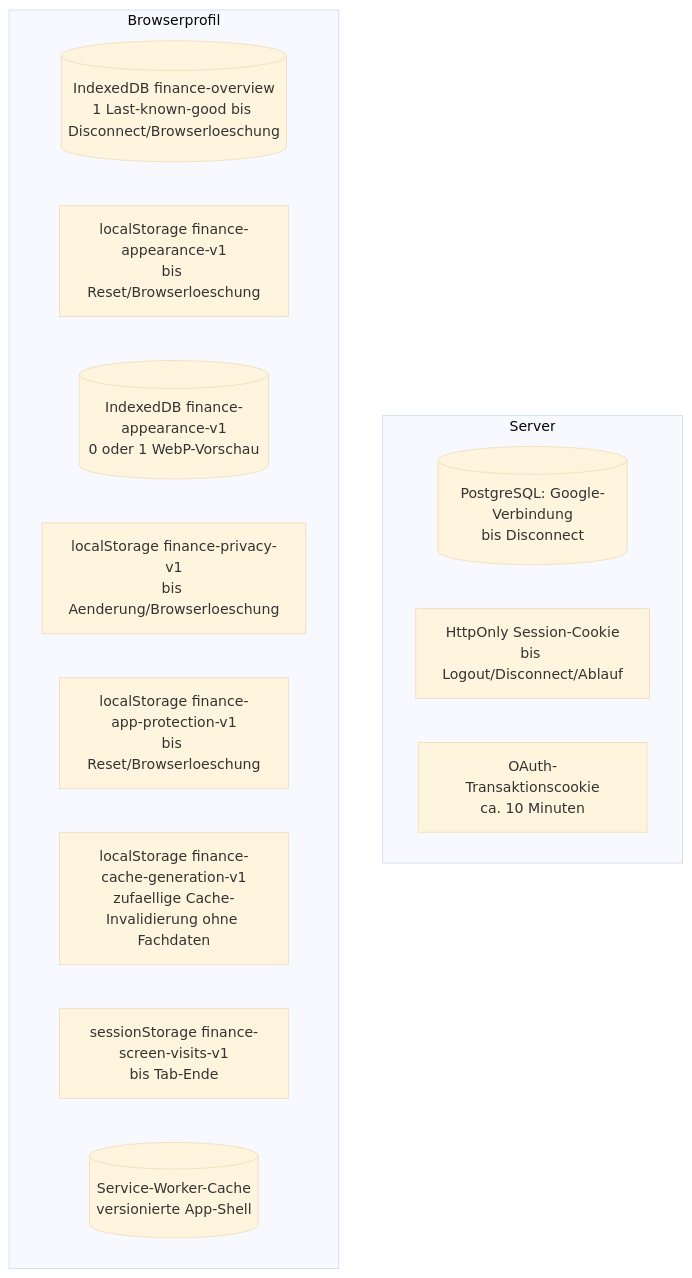
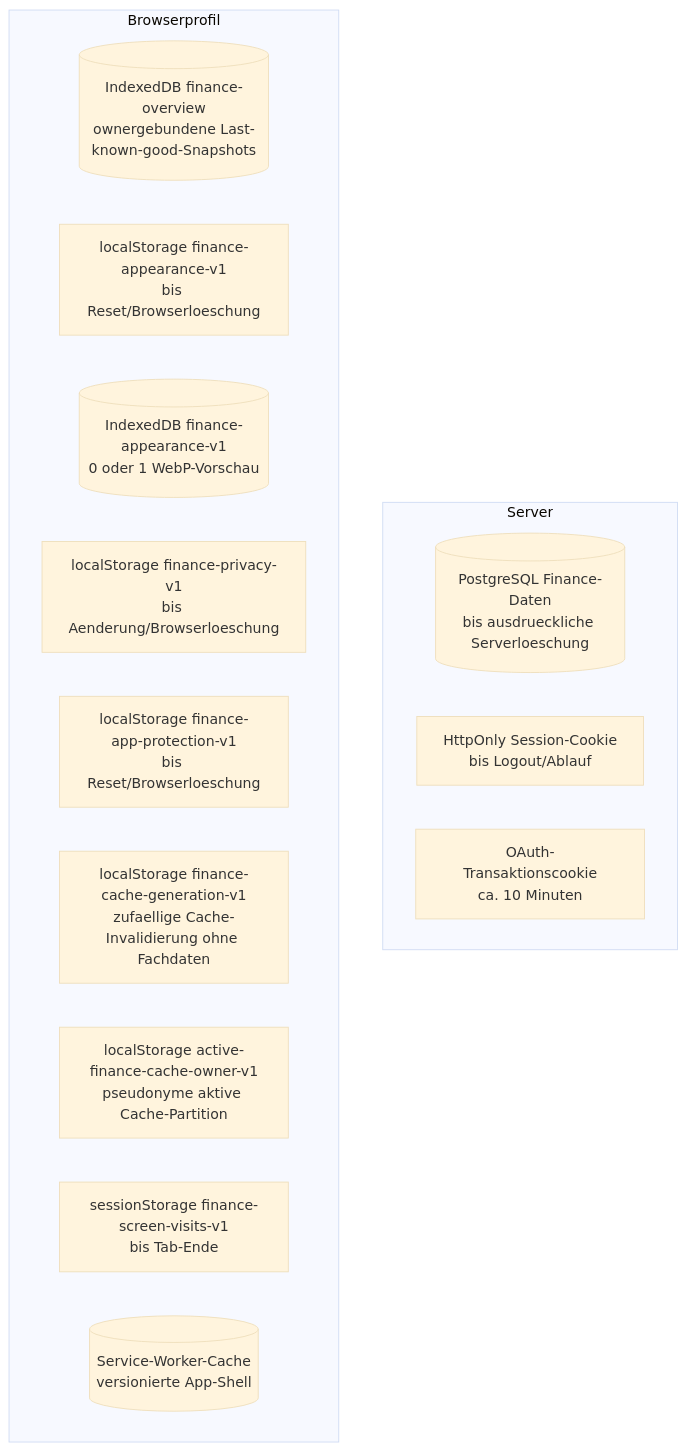
Before and after one commit to hernstev97/accura: the diagram in docs/architektur/synchronisation-und-offline.md, drawn with Mermaid (base theme). The commit also changed other lines of this file and 64 other files, not shown here.

````diff
--- a/docs/architektur/synchronisation-und-offline.md
+++ b/docs/architektur/synchronisation-und-offline.md
@@ -23,18 +23,19 @@
 ```mermaid
 flowchart TB
   subgraph Server
-    PG[(PostgreSQL: Google-Verbindung\nbis Disconnect)]
-    SC[HttpOnly Session-Cookie\nbis Logout/Disconnect/Ablauf]
+    PG[(PostgreSQL Finance-Daten\nbis ausdrueckliche Serverloeschung)]
+    SC[HttpOnly Session-Cookie\nbis Logout/Ablauf]
     OC[OAuth-Transaktionscookie\nca. 10 Minuten]
   end
   subgraph Browserprofil
-    FC[(IndexedDB finance-overview\n1 Last-known-good bis Disconnect/Browserloeschung)]
+    FC[(IndexedDB finance-overview\nownergebundene Last-known-good-Snapshots)]
     AP[localStorage finance-appearance-v1\nbis Reset/Browserloeschung]
     WP[(IndexedDB finance-appearance-v1\n0 oder 1 WebP-Vorschau)]
     PR[localStorage finance-privacy-v1\nbis Aenderung/Browserloeschung]
     LK[localStorage finance-app-protection-v1\nbis Reset/Browserloeschung]
     CG[localStorage finance-cache-generation-v1\nzufaellige Cache-Invalidierung ohne Fachdaten]
+    CO[localStorage active-finance-cache-owner-v1\npseudonyme aktive Cache-Partition]
     SV[sessionStorage finance-screen-visits-v1\nbis Tab-Ende]
     SW[(Service-Worker-Cache\nversionierte App-Shell)]
   end
 ```
````
